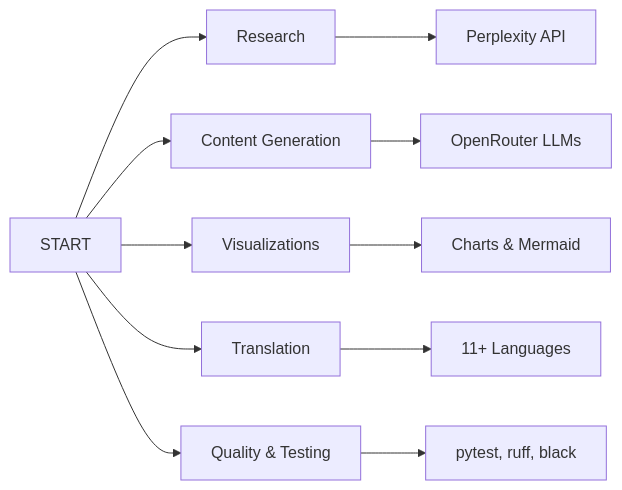
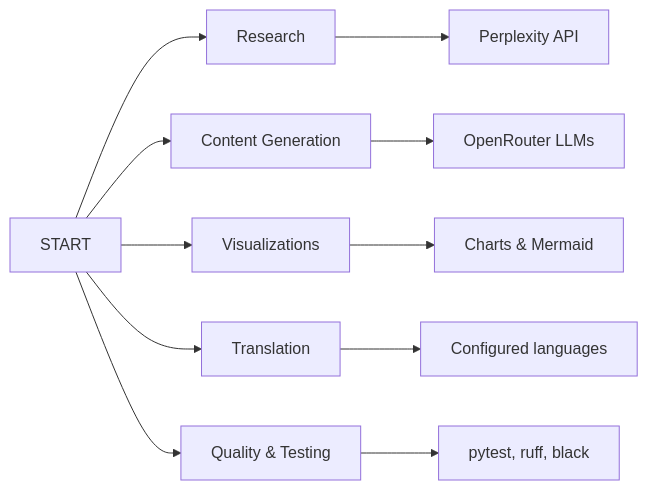
Before and after one commit to ActiveInferenceInstitute/Start: the first of 2 diagrams in README.md, drawn with Mermaid. The commit also changed other lines of this file and 216 other files, not shown here.

````diff
--- a/README.md
+++ b/README.md
@@ -67,18 +67,18 @@
 ```mermaid
 graph LR
   A[START] --> R[Research]
   A --> C[Content Generation]
   A --> V[Visualizations]
   A --> T[Translation]
   A --> Q[Quality & Testing]
   R --> R1[Perplexity API]
   C --> C1[OpenRouter LLMs]
   V --> V1[Charts & Mermaid]
-  T --> T1[11+ Languages]
+  T --> T1[Configured languages]
   Q --> Q1[pytest, ruff, black]
 
   click R "docs/pipeline.md" "Pipeline"
   click Q "docs/TESTING.md" "Testing"
   click V "docs/pipeline.md" "Visualizations"
   click T "docs/pipeline.md" "Translation"
 ```
````
